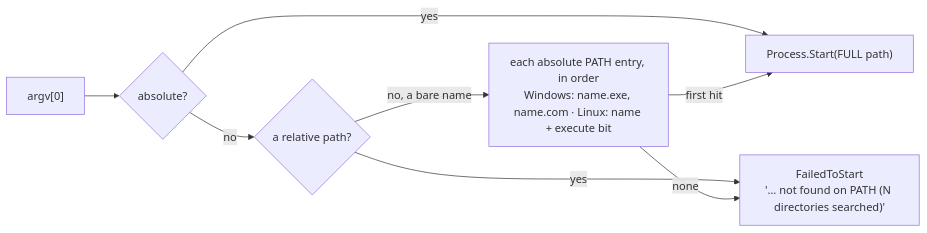
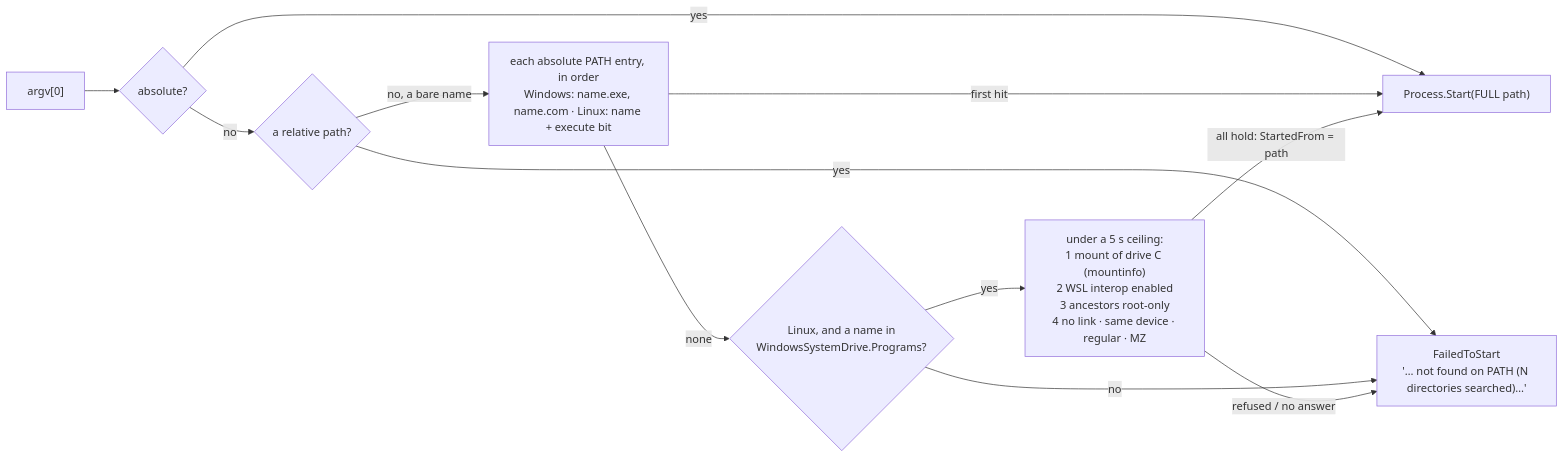
Before and after one commit to oleksandrdubyna88/wsl_care: the first of 25 diagrams in research/architecture.md, drawn with Mermaid. The commit also changed other lines of this file and 15 other files, not shown here.

First line of the commit message:
fix(daemon): find powershell.exe on the mounted Windows system drive under systemd (#10)

````diff
--- a/research/architecture.md
+++ b/research/architecture.md
@@ -140,16 +179,22 @@
 ```mermaid
 flowchart LR
     argv["argv[0]"]
     abs{"absolute?"}
     rel{"a relative path?"}
     walk["each absolute PATH entry, in order<br/>Windows: name.exe, name.com · Linux: name + execute bit"]
     found["Process.Start(FULL path)"]
-    fail["FailedToStart<br/>'… not found on PATH (N directories searched)'"]
+    fail["FailedToStart<br/>'… not found on PATH (N directories searched)…'"]
+    listed{"Linux, and a name in<br/>WindowsSystemDrive.Programs?"}
+    drive["under a 5 s ceiling:<br/>1 mount of drive C (mountinfo)<br/>2 WSL interop enabled<br/>3 ancestors root-only<br/>4 no link · same device · regular · MZ"]
     argv --> abs
     abs -->|yes| found
     abs -->|no| rel
     rel -->|yes| fail
     rel -->|no, a bare name| walk
     walk -->|first hit| found
-    walk -->|none| fail
+    walk -->|none| listed
+    listed -->|no| fail
+    listed -->|yes| drive
+    drive -->|all hold: StartedFrom = path| found
+    drive -->|refused / no answer| fail
 ```
````
